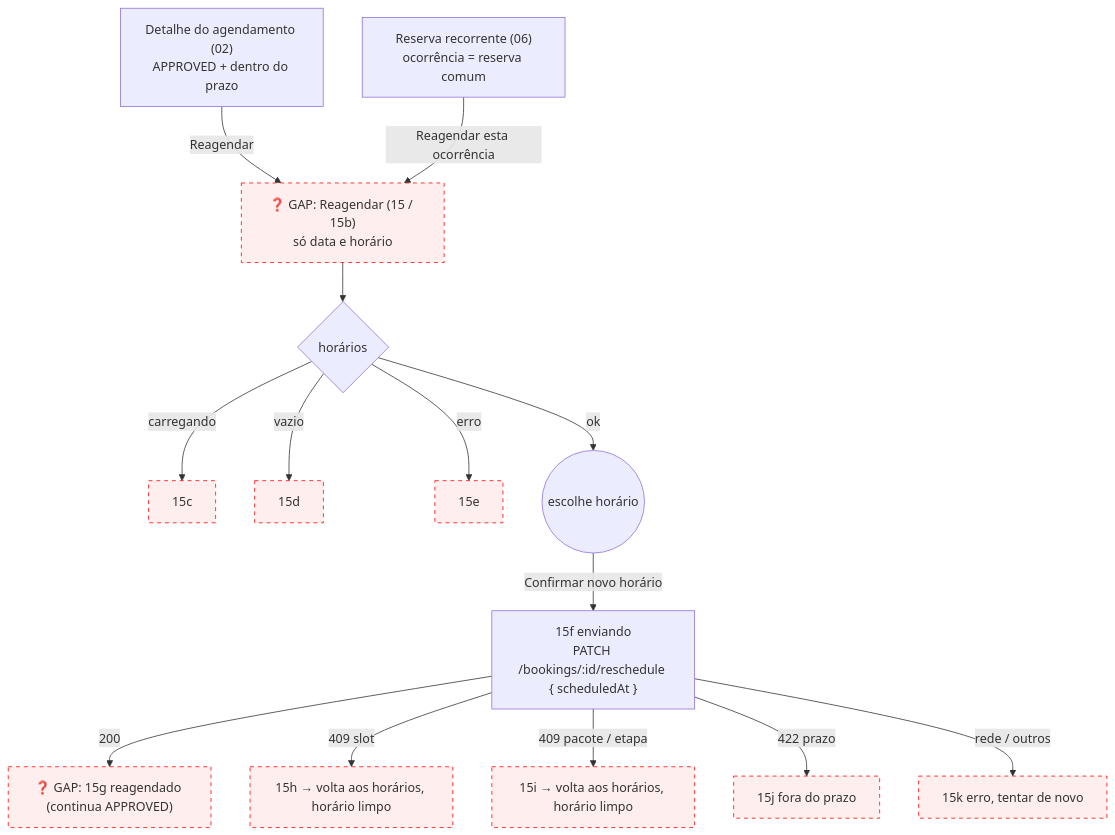
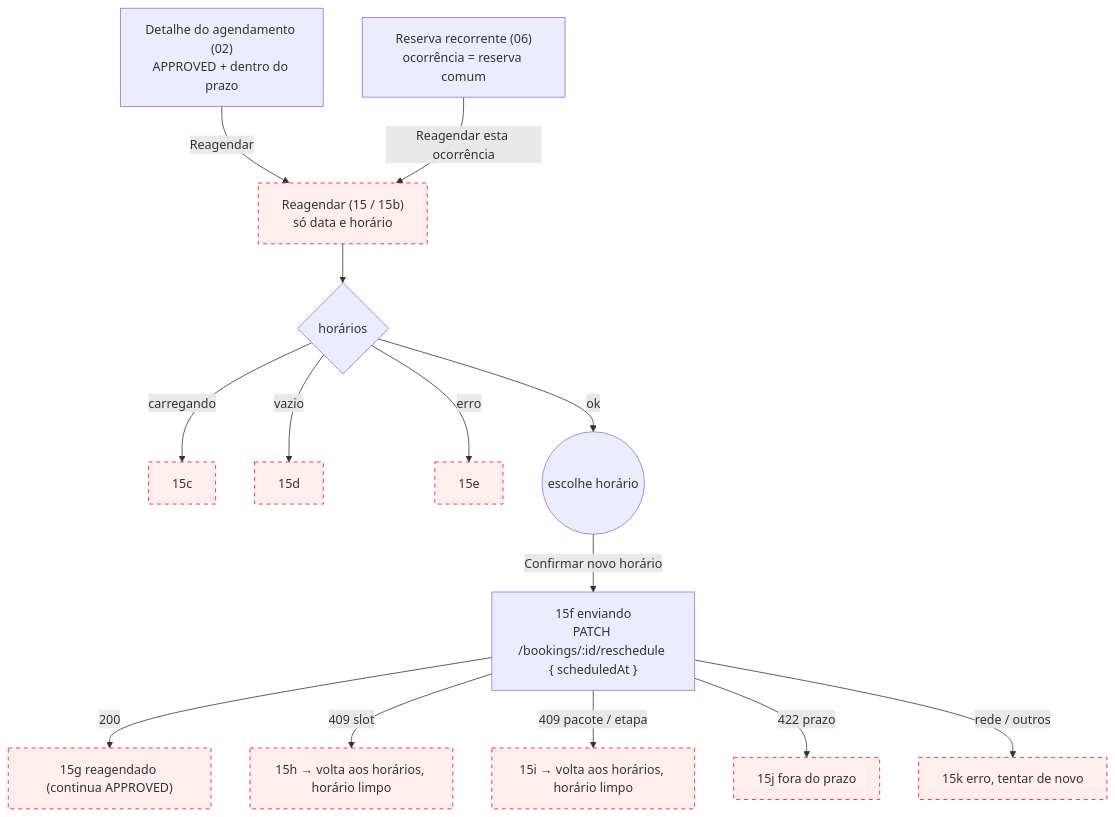
Before and after one commit to lmmoreira/ikaro: the second of 4 diagrams in plan/journey/customer/minha-conta.md, drawn with Mermaid. The commit also changed other lines of this file and 51 other files, not shown here.

````diff
--- a/plan/journey/customer/minha-conta.md
+++ b/plan/journey/customer/minha-conta.md
@@ -170,19 +170,19 @@
 ```mermaid
 flowchart TD
     classDef gap stroke:#f00,stroke-dasharray: 5 5,fill:#fee
 
     Detail["Detalhe do agendamento (02)<br/>APPROVED + dentro do prazo"] -->|"Reagendar"| Page
     Occ["Reserva recorrente (06)<br/>ocorrência = reserva comum"] -->|"Reagendar esta ocorrência"| Page
-    Page["❓ GAP: Reagendar (15 / 15b)<br/>só data e horário"] --> Load{"horários"}
+    Page["Reagendar (15 / 15b)<br/>só data e horário"] --> Load{"horários"}
     Load -->|"carregando"| L["15c"]
     Load -->|"vazio"| E["15d"]
     Load -->|"erro"| F["15e"]
     Load -->|"ok"| Pick(("escolhe horário"))
     Pick -->|"Confirmar novo horário"| Sub["15f enviando<br/>PATCH /bookings/:id/reschedule { scheduledAt }"]
-    Sub -->|"200"| Ok["❓ GAP: 15g reagendado (continua APPROVED)"]
+    Sub -->|"200"| Ok["15g reagendado (continua APPROVED)"]
     Sub -->|"409 slot"| C1["15h → volta aos horários, horário limpo"]
     Sub -->|"409 pacote / etapa"| C2["15i → volta aos horários, horário limpo"]
     Sub -->|"422 prazo"| W["15j fora do prazo"]
     Sub -->|"rede / outros"| X["15k erro, tentar de novo"]
     class Page,Ok,C1,C2,W,X,L,E,F gap
 ```
````
